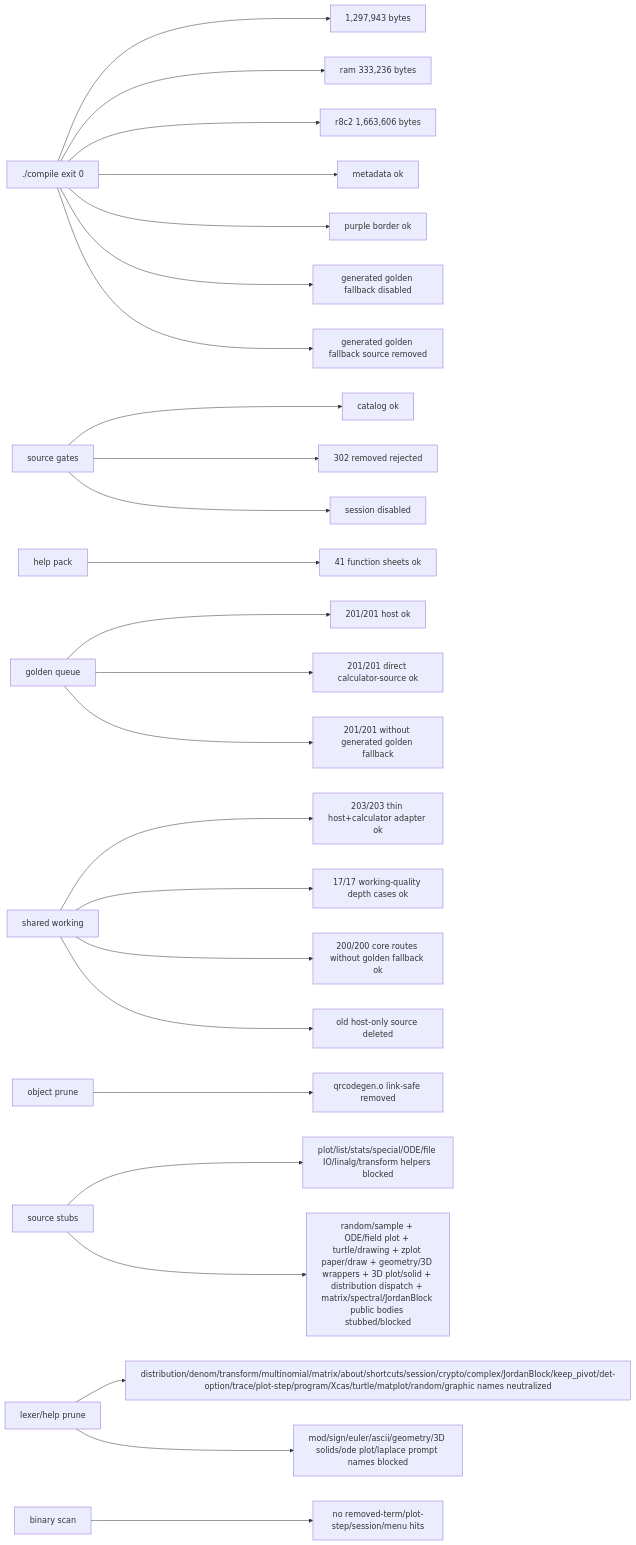
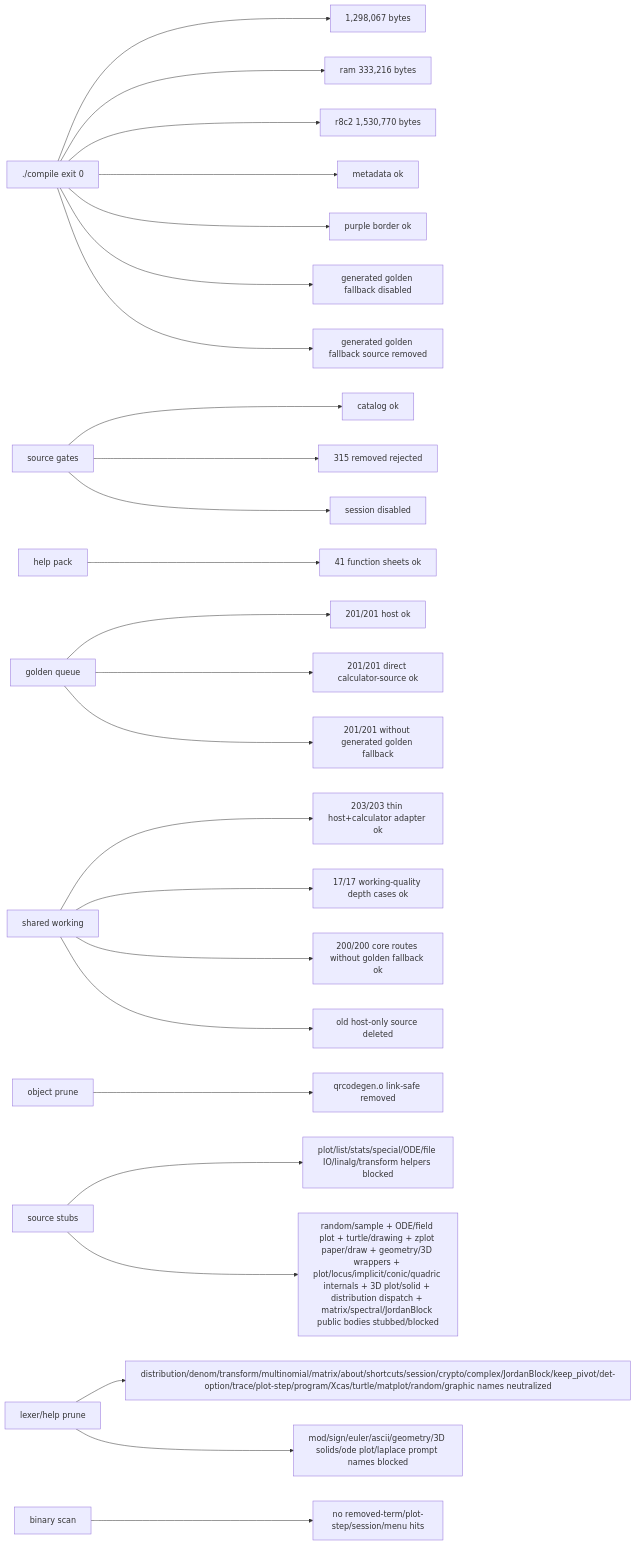
One commit to james8464/notes-addin-casio-fx-cg50 changed the seventh of 7 diagrams in docs/GRAPH.md. Above: the diagram before and after it, drawn with Mermaid. The commit also changed other lines of this file and 17 other files, not shown here.

Commit message:
prune: compile out plot internals

````diff
--- a/docs/GRAPH.md
+++ b/docs/GRAPH.md
@@ -181,27 +183,27 @@
 ```mermaid
 graph LR
-  Build["./compile exit 0"] --> Size["1,297,943 bytes"]
-  Build --> Ram["ram 333,236 bytes"]
-  Build --> R8C2["r8c2 1,663,606 bytes"]
+  Build["./compile exit 0"] --> Size["1,298,067 bytes"]
+  Build --> Ram["ram 333,216 bytes"]
+  Build --> R8C2["r8c2 1,530,770 bytes"]
   Build --> Meta["metadata ok"]
   Build --> Border["purple border ok"]
   Build --> NoRuntimeFallback["generated golden fallback disabled"]
   Build --> NoRuntimeSource["generated golden fallback source removed"]
   Source["source gates"] --> Catalog["catalog ok"]
-  Source --> Removed["302 removed rejected"]
+  Source --> Removed["315 removed rejected"]
   Source --> Session["session disabled"]
   Help["help pack"] --> HelpQ["41 function sheets ok"]
   Queue["golden queue"] --> QueueRun["201/201 host ok"]
   Queue --> GoldenRun["201/201 direct calculator-source ok"]
   Queue --> NoGolden["201/201 without generated golden fallback"]
   Shared["shared working"] --> SharedRun["203/203 thin host+calculator adapter ok"]
   Shared --> WorkQ["17/17 working-quality depth cases ok"]
   Shared --> CoreRun["200/200 core routes without golden fallback ok"]
   Shared --> NoHostSrc["old host-only source deleted"]
   Obj["object prune"] --> QR["qrcodegen.o link-safe removed"]
   Macro["source stubs"] --> Stubbed["plot/list/stats/special/ODE/file IO/linalg/transform helpers blocked"]
-  Macro --> RuntimeStubbed["random/sample + ODE/field plot + turtle/drawing + zplot paper/draw + geometry/3D wrappers + 3D plot/solid + distribution dispatch + matrix/spectral/JordanBlock public bodies stubbed/blocked"]
+  Macro --> RuntimeStubbed["random/sample + ODE/field plot + turtle/drawing + zplot paper/draw + geometry/3D wrappers + plot/locus/implicit/conic/quadric internals + 3D plot/solid + distribution dispatch + matrix/spectral/JordanBlock public bodies stubbed/blocked"]
   Static["lexer/help prune"] --> StaticRun["distribution/denom/transform/multinomial/matrix/about/shortcuts/session/crypto/complex/JordanBlock/keep_pivot/det-option/trace/plot-step/program/Xcas/turtle/matplot/random/graphic names neutralized"]
   Static --> PromptRun["mod/sign/euler/ascii/geometry/3D solids/ode plot/laplace prompt names blocked"]
   Bin["binary scan"] --> NoLeak["no removed-term/plot-step/session/menu hits"]
 ```
````
